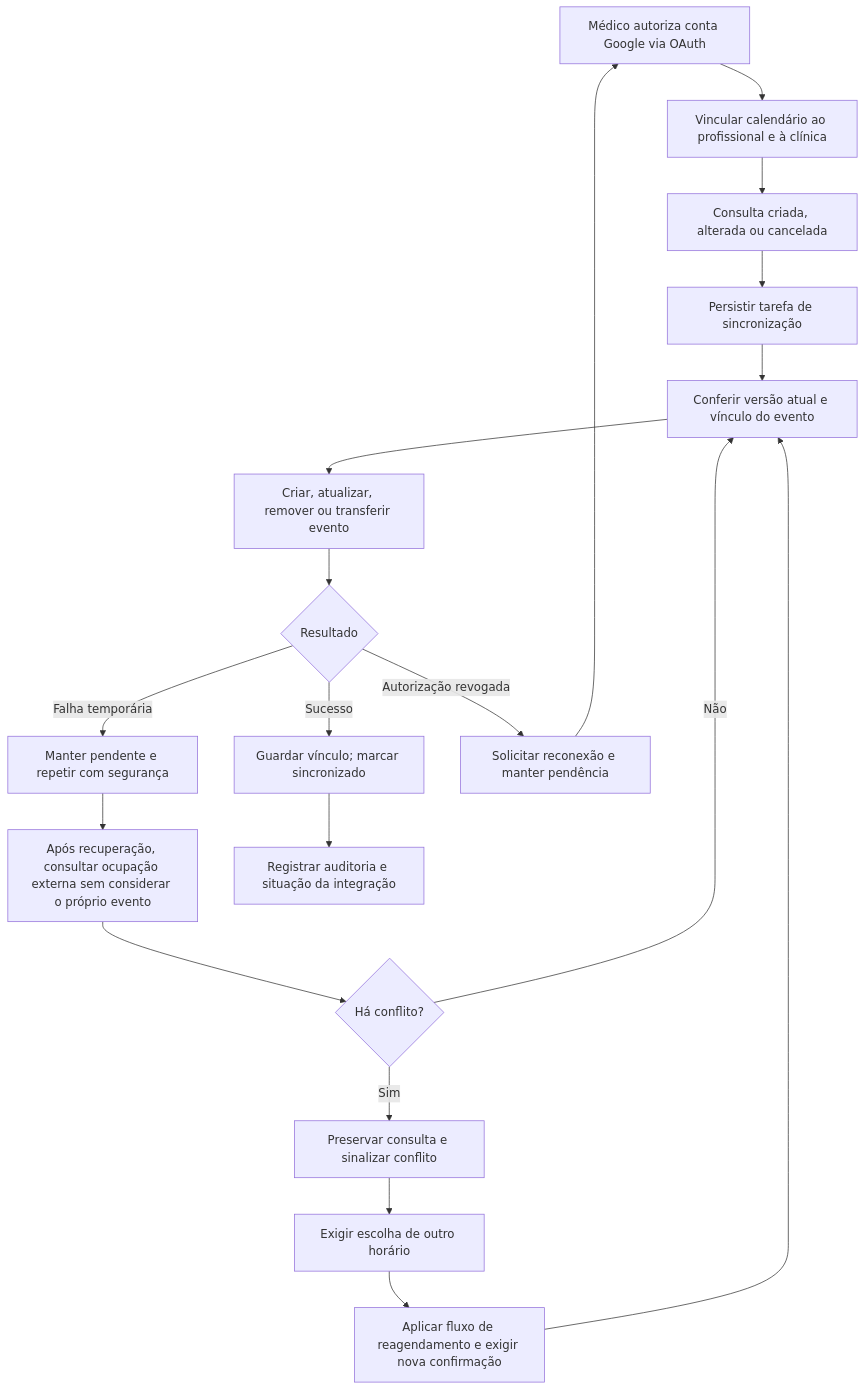
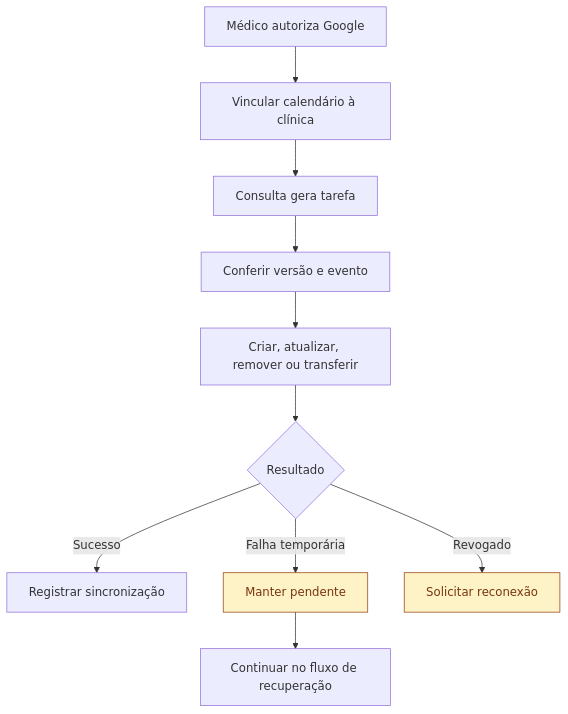
The eighth of 9 diagrams in docs/fluxograma-sistema.md (ArthurSarva/IntegraConsultas), drawn with Mermaid before and after one commit. The commit also changed other lines of this file, not shown here.

````diff
--- a/docs/fluxograma-sistema.md
+++ b/docs/fluxograma-sistema.md
@@ -171,21 +176,14 @@
 ```mermaid
 flowchart TD
-    A["Médico autoriza conta Google via OAuth"] --> B["Vincular calendário ao profissional e à clínica"]
-    B --> C["Consulta criada, alterada ou cancelada"]
-    C --> D["Persistir tarefa de sincronização"]
-    D --> E["Conferir versão atual e vínculo do evento"]
-    E --> F["Criar, atualizar, remover ou transferir evento"]
-    F --> G{"Resultado"}
-    G -->|Sucesso| H["Guardar vínculo; marcar sincronizado"]
-    G -->|Falha temporária| I["Manter pendente e repetir com segurança"]
-    G -->|Autorização revogada| J["Solicitar reconexão e manter pendência"]
-    I --> R["Após recuperação, consultar ocupação externa sem considerar o próprio evento"]
-    R --> S{"Há conflito?"}
-    S -->|Não| E
-    S -->|Sim| T["Preservar consulta e sinalizar conflito"]
-    T --> U["Exigir escolha de outro horário"]
-    U --> V["Aplicar fluxo de reagendamento e exigir nova confirmação"]
-    V --> E
-    J --> A
-    H --> K["Registrar auditoria e situação da integração"]
+ A["Médico autoriza Google"] --> B["Vincular calendário à clínica"]
+ B --> C["Consulta gera tarefa"]
+ C --> D["Conferir versão e evento"]
+ D --> E["Criar, atualizar, remover ou transferir"]
+ E --> F{"Resultado"}
+ F -->|Sucesso| G["Registrar sincronização"]
+ F -->|Falha temporária| H["Manter pendente"]
+ H --> I["Continuar no fluxo de recuperação"]
+ F -->|Revogado| J["Solicitar reconexão"]
+ classDef alerta fill:#fef3c7,stroke:#92400e,color:#78350f;
+ class H,J alerta;
 ```
````
